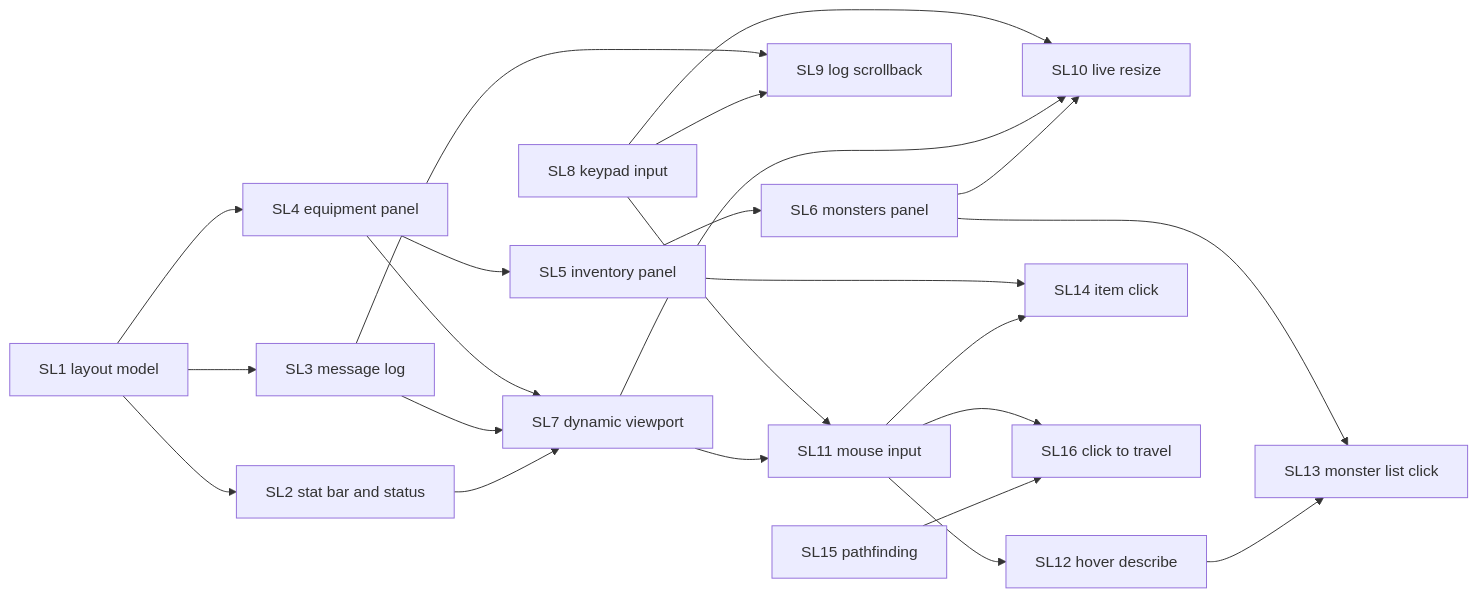
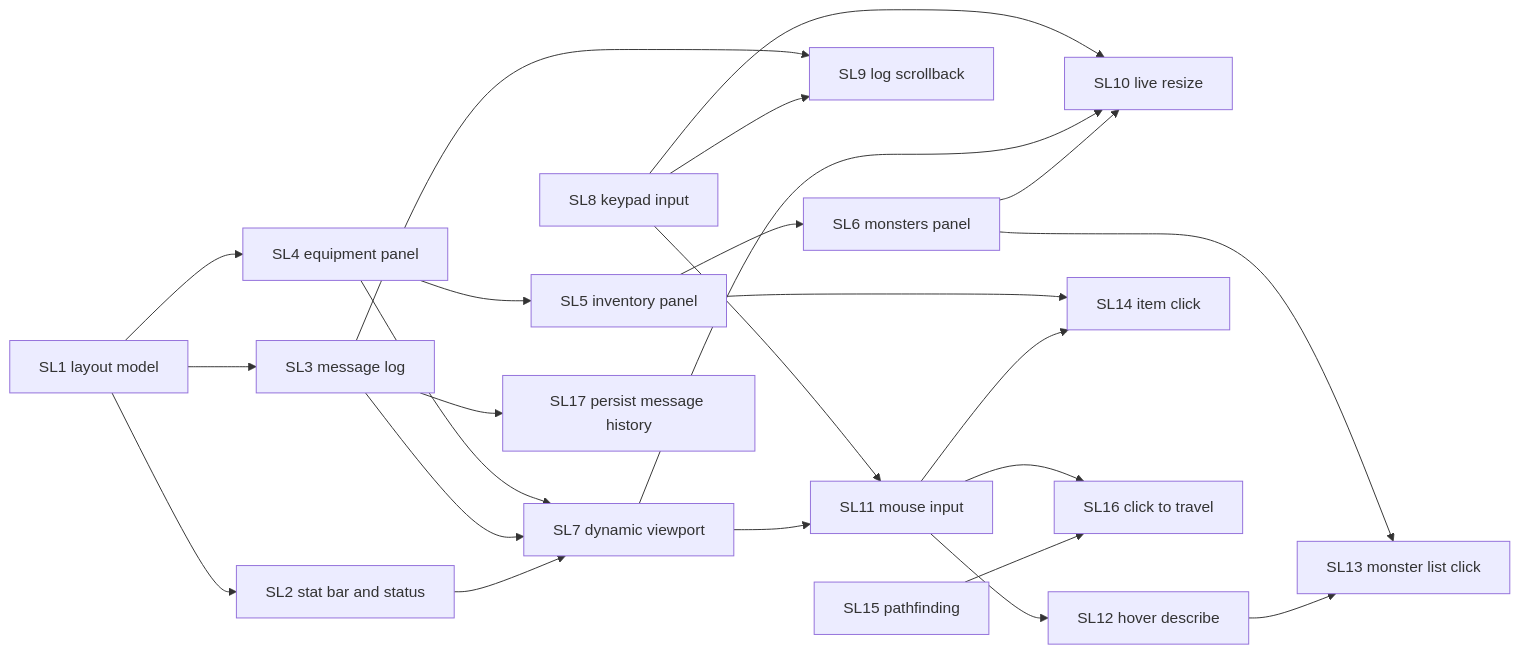
The diagram in docs/migration/epics/split-screen.md (lollek/omoria), drawn with Mermaid before and after one commit. The commit also changed other lines of this file, not shown here.

Commit message:
docs: add SL story for persisting message log

````diff
--- a/docs/migration/epics/split-screen.md
+++ b/docs/migration/epics/split-screen.md
@@ -151,25 +151,26 @@
 ```mermaid
 graph LR
   SL1[SL1 layout model] --> SL2[SL2 stat bar and status]
   SL1 --> SL3[SL3 message log]
   SL1 --> SL4[SL4 equipment panel]
   SL4 --> SL5[SL5 inventory panel]
   SL5 --> SL6[SL6 monsters panel]
   SL2 --> SL7[SL7 dynamic viewport]
   SL3 --> SL7
   SL4 --> SL7
   SL8[SL8 keypad input] --> SL9[SL9 log scrollback]
   SL3 --> SL9
   SL6 --> SL10[SL10 live resize]
   SL7 --> SL10
   SL8 --> SL10
   SL7 --> SL11[SL11 mouse input]
   SL8 --> SL11
   SL11 --> SL12[SL12 hover describe]
   SL12 --> SL13[SL13 monster list click]
   SL6 --> SL13
   SL11 --> SL14[SL14 item click]
   SL5 --> SL14
   SL15[SL15 pathfinding] --> SL16[SL16 click to travel]
   SL11 --> SL16
+  SL3 --> SL17[SL17 persist message history]
 ```
````
